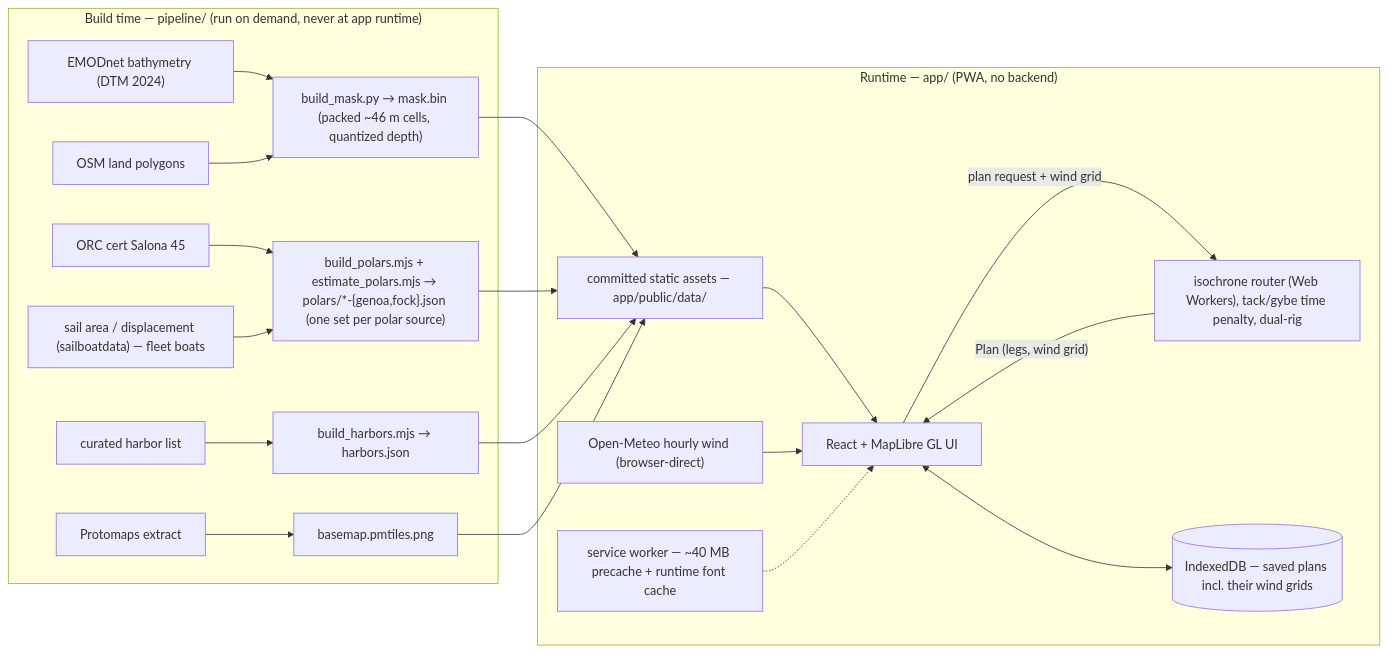
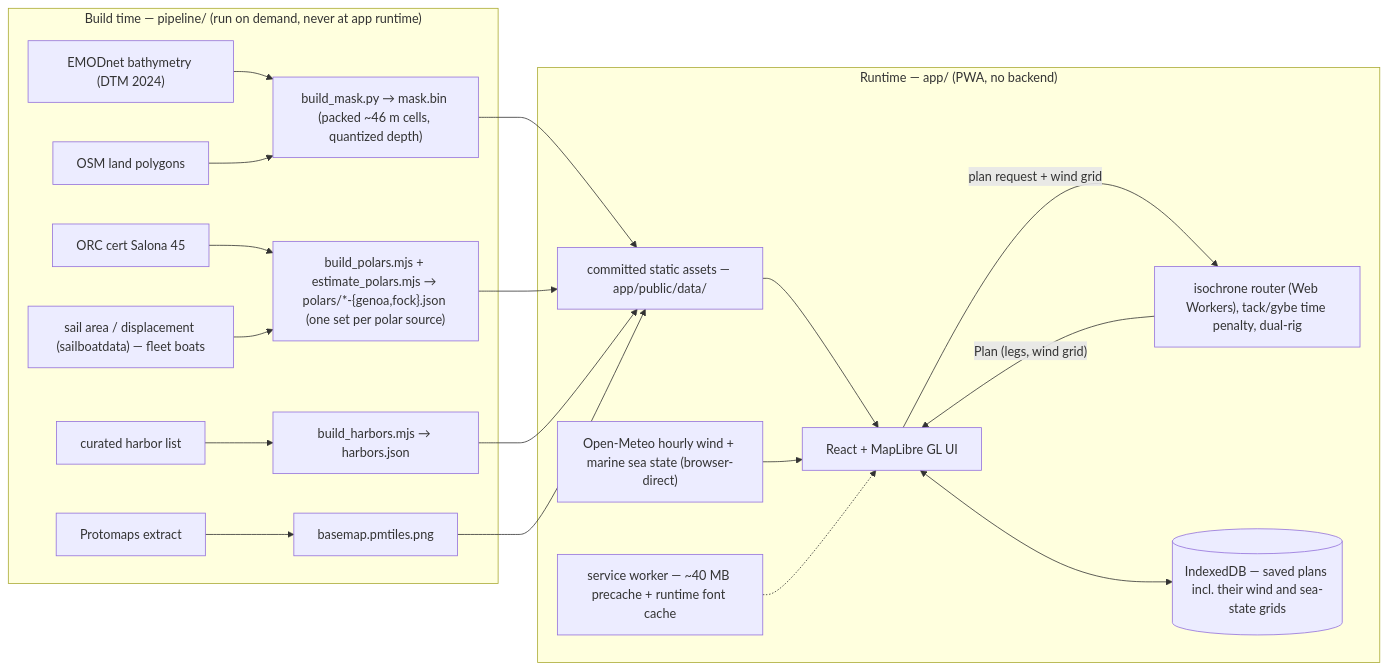
One commit to DocGerd/sail_command changed the diagram in README.md. Above: the diagram before and after it, drawn with Mermaid. The commit also changed other lines of this file and 22 other files, not shown here.

````diff
--- a/README.md
+++ b/README.md
@@ -330,20 +332,20 @@
 ```mermaid
 flowchart LR
   subgraph pipeline ["Build time — pipeline/ (run on demand, never at app runtime)"]
     EMOD["EMODnet bathymetry (DTM 2024)"] --> MASK["build_mask.py → mask.bin (packed ~46 m cells, quantized depth)"]
     OSMLP["OSM land polygons"] --> MASK
     ORC["ORC cert Salona 45"] --> POLARS["build_polars.mjs + estimate_polars.mjs → polars/*-{genoa,fock}.json (one set per polar source)"]
     SBD["sail area / displacement (sailboatdata) — fleet boats"] --> POLARS
     CUR["curated harbor list"] --> HARB["build_harbors.mjs → harbors.json"]
     PROTO["Protomaps extract"] --> PMT["basemap.pmtiles.png"]
   end
   MASK & POLARS & HARB & PMT --> ASSETS["committed static assets — app/public/data/"]
   subgraph app ["Runtime — app/ (PWA, no backend)"]
     ASSETS --> UI["React + MapLibre GL UI"]
-    OM["Open-Meteo hourly wind (browser-direct)"] --> UI
+    OM["Open-Meteo hourly wind + marine sea state (browser-direct)"] --> UI
     UI -->|"plan request + wind grid"| WORKER["isochrone router (Web Workers), tack/gybe time penalty, dual-rig"]
     WORKER -->|"Plan (legs, wind grid)"| UI
-    UI <--> IDB[("IndexedDB — saved plans incl. their wind grids")]
+    UI <--> IDB[("IndexedDB — saved plans incl. their wind and sea-state grids")]
     SW["service worker — ~40 MB precache + runtime font cache"] -.-> UI
   end
 ```
````
